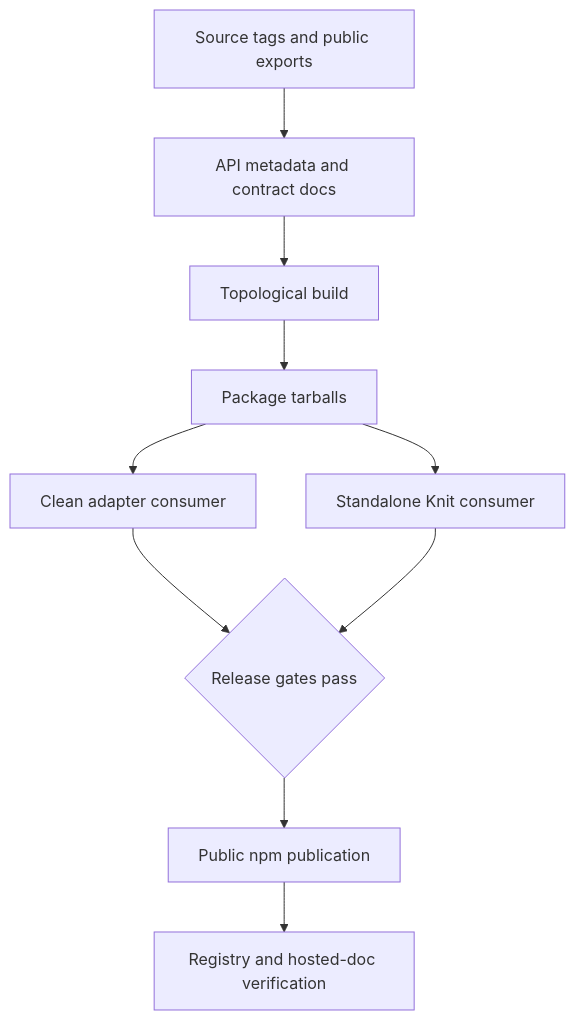
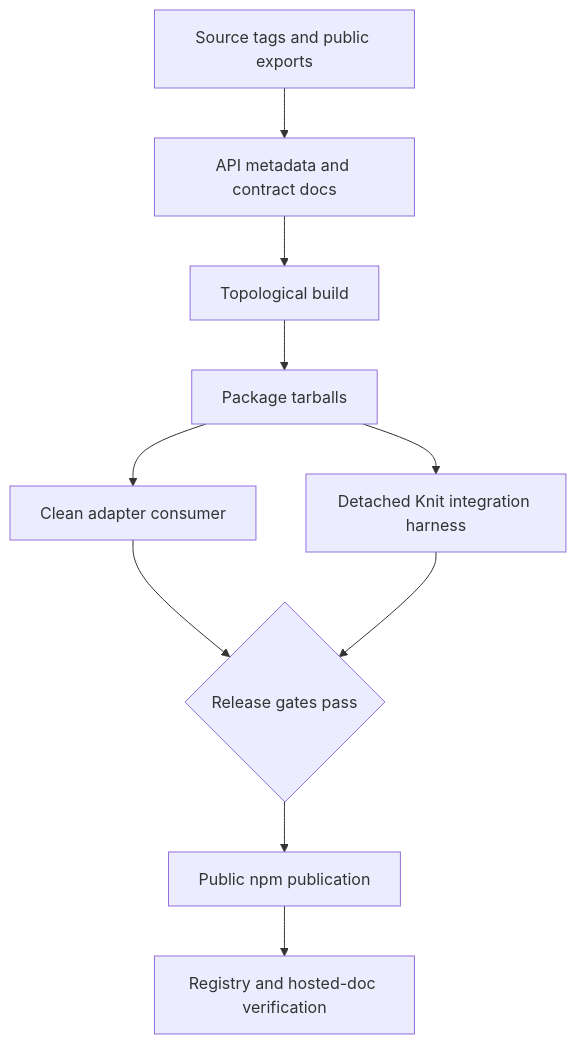
The first of 2 diagrams in docs/plans/2026-08-30-0109-feat-looma-r1-release-plan.md (threadlabs-studio/looma), drawn with Mermaid before and after one commit. The commit also changed other lines of this file and 5 other files, not shown here.

Commit message:
docs(release): distinguish consumers from Knit harness

````diff
--- a/docs/plans/2026-08-30-0109-feat-looma-r1-release-plan.md
+++ b/docs/plans/2026-08-30-0109-feat-looma-r1-release-plan.md
@@ -117,12 +117,12 @@
 ```mermaid
 flowchart TB
   S[Source tags and public exports] --> M[API metadata and contract docs]
   M --> B[Topological build]
   B --> T[Package tarballs]
   T --> C[Clean adapter consumer]
-  T --> K[Standalone Knit consumer]
+  T --> K[Detached Knit integration harness]
   C --> G{Release gates pass}
   K --> G
   G --> P[Public npm publication]
   P --> V[Registry and hosted-doc verification]
 ```
````
